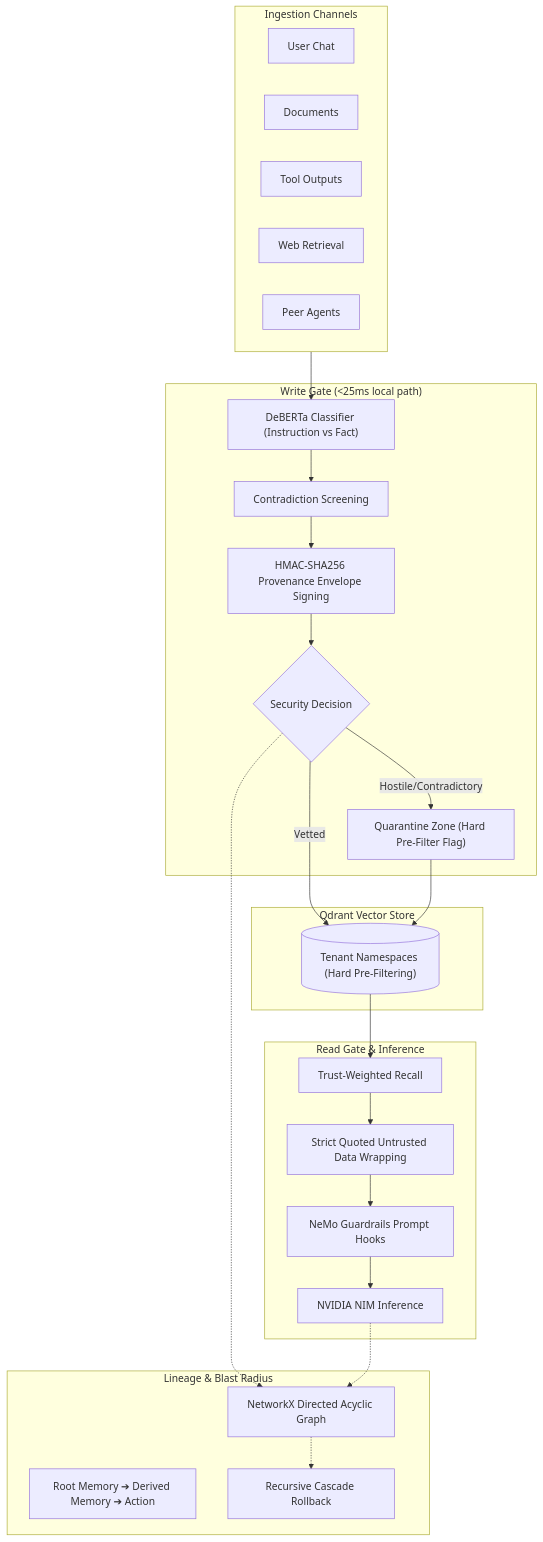
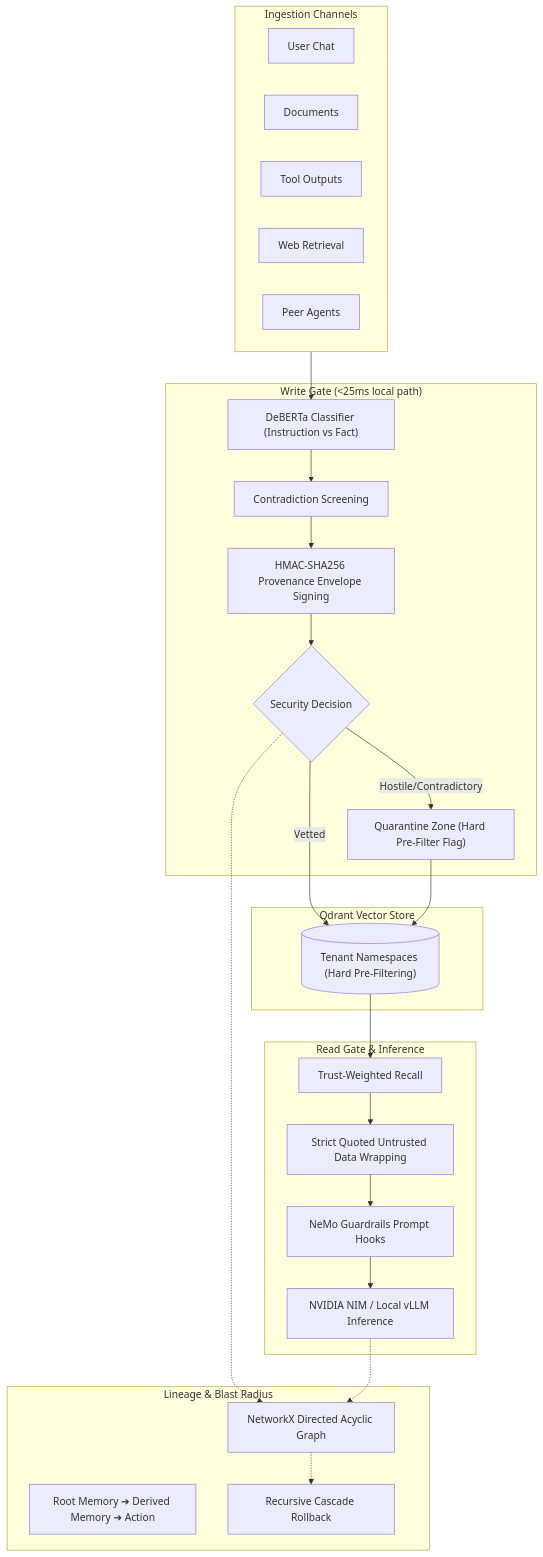
One commit to saianoop324/AEGIS-2026 changed the diagram in README.md. Above: the diagram before and after it, drawn with Mermaid. The commit also changed other lines of this file, not shown here.

Commit message:
docs: add detailed end-to-end setup, vLLM execution, and Streamlit UI guide to README

````diff
--- a/README.md
+++ b/README.md
@@ -9,46 +9,46 @@
 ```mermaid
 flowchart TD
     subgraph Ingestion["Ingestion Channels"]
         C1["User Chat"]
         C2["Documents"]
         C3["Tool Outputs"]
         C4["Web Retrieval"]
         C5["Peer Agents"]
     end
 
-    subgraph WriteGate["Write Gate (&lt;25ms local path)"]
+    subgraph WriteGate["Write Gate (<25ms local path)"]
         W1["DeBERTa Classifier (Instruction vs Fact)"]
         W2["Contradiction Screening"]
         W3["HMAC-SHA256 Provenance Envelope Signing"]
         W4{"Security Decision"}
         W5["Quarantine Zone (Hard Pre-Filter Flag)"]
     end
 
     subgraph VectorStore["Qdrant Vector Store"]
         V1[("Tenant Namespaces (Hard Pre-Filtering)")]
     end
 
-    subgraph ReadGate["Read Gate &amp; Inference"]
+    subgraph ReadGate["Read Gate & Inference"]
         R1["Trust-Weighted Recall"]
         R2["Strict Quoted Untrusted Data Wrapping"]
         R3["NeMo Guardrails Prompt Hooks"]
-        R4["NVIDIA NIM Inference"]
+        R4["NVIDIA NIM / Local vLLM Inference"]
     end
 
-    subgraph Lineage["Lineage &amp; Blast Radius"]
+    subgraph Lineage["Lineage & Blast Radius"]
         L1["NetworkX Directed Acyclic Graph"]
         L2["Root Memory ➔ Derived Memory ➔ Action"]
         L3["Recursive Cascade Rollback"]
     end
 
     Ingestion --> W1
     W1 --> W2 --> W3 --> W4
     W4 -- "Hostile/Contradictory" --> W5
     W4 -- "Vetted" --> V1
     W5 --> V1
 
     V1 --> R1 --> R2 --> R3 --> R4
     W4 -.-> L1
     R4 -.-> L1
     L1 -.-> L3
 ```
````
